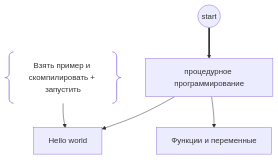
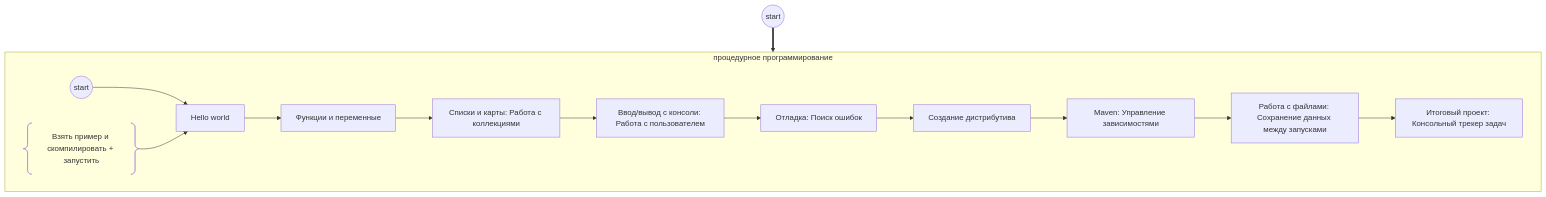
Before and after one commit to gochaorg/blog: the diagram in itdocs/learn-java/readme.md, drawn with Mermaid.

````diff
--- a/itdocs/learn-java/readme.md
+++ b/itdocs/learn-java/readme.md
@@ -7,12 +7,25 @@
 ```mermaid
 flowchart TD
 
 start((start)) ==> pp
 
 pp[процедурное программирование]
-pp --> pp_01[Hello world]
-pp_01_c1@{ shape: braces, label: "Взять пример и скомпилировать + запустить" } --> pp_01
-pp --> pp_02[Функции и переменные]
-click pp "https://github.com/gochaorg/blog/blob/master/itdocs/learn-java/01-proc.md"
+
+
+subgraph pp[процедурное программирование]
+  pp_start((start)) -->  
+  pp_01[Hello world]
+  pp_01 --> pp_02[Функции и переменные]
+  pp_02 --> pp_03[Списки и карты: Работа с коллекциями]
+  pp_03 --> pp_04[Ввод/вывод с консоли: Работа с пользователем]
+  pp_04 --> pp_05[Отладка: Поиск ошибок]
+  pp_05 --> pp_06[Создание дистрибутива]
+  pp_06 --> pp_07[Maven: Управление зависимостями]
+  pp_07 --> pp_08[Работа с файлами: Сохранение данных между запусками]
+  pp_08 --> pp_09[Итоговый проект: Консольный трекер задач]
+
+  pp_01_c1@{ shape: braces, label: "Взять пример и скомпилировать + запустить" } --> pp_01
+  click pp_start "https://github.com/gochaorg/blog/blob/master/itdocs/learn-java/01-proc.md"
+end
 
 ```
````
